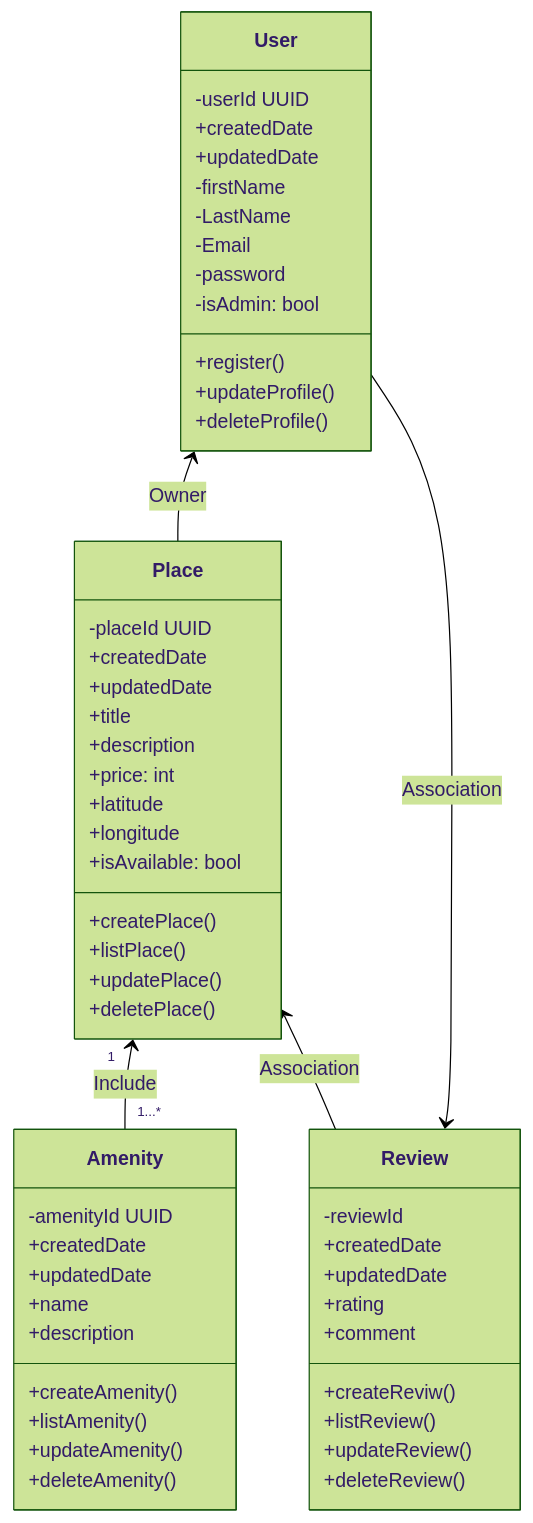
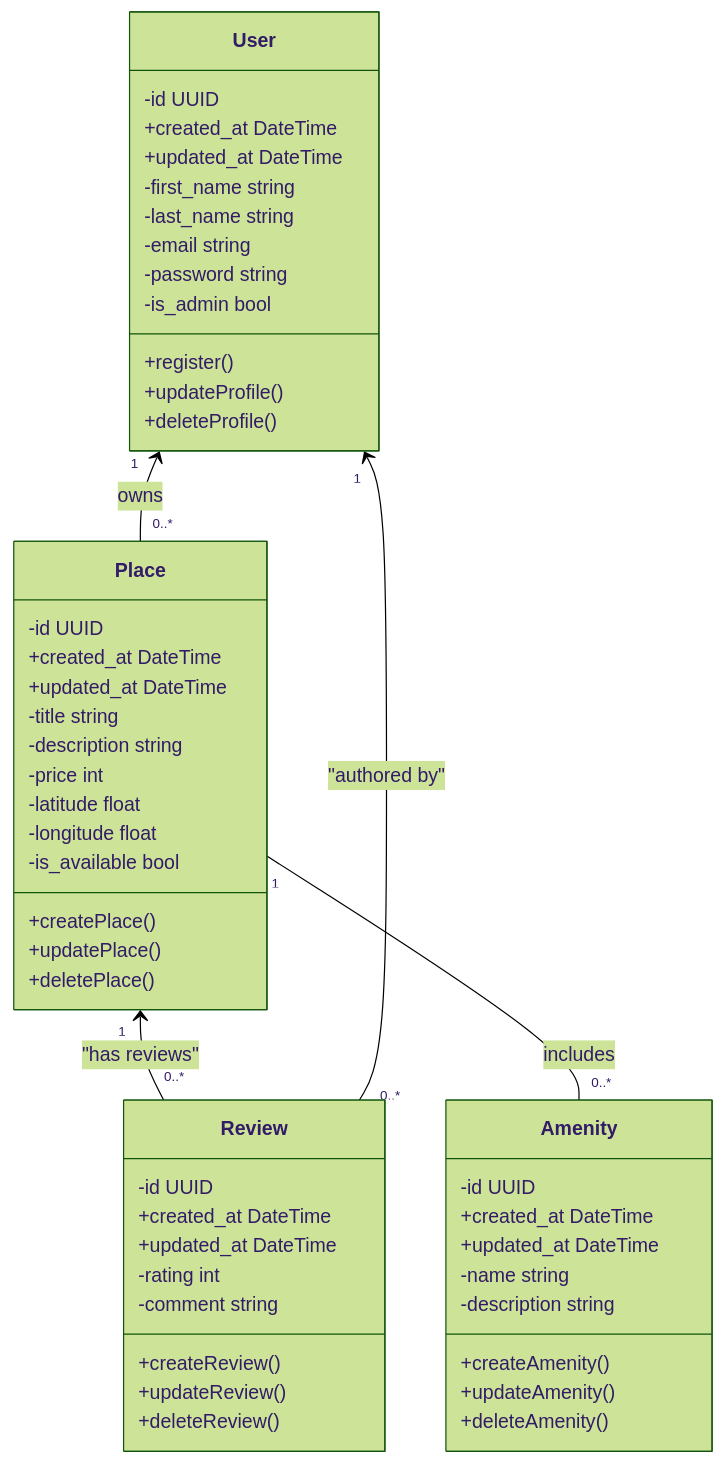
Before and after one commit to mnarzaid247-stack/holbertonschool-hbnb: the diagram in part1/class_diagram.md, drawn with Mermaid (forest theme). The commit also changed other lines of this file, not shown here.

Commit message:
Refactor class diagram to enhance clarity and update attribute naming conventions

````diff
--- a/part1/class_diagram.md
+++ b/part1/class_diagram.md
@@ -3,57 +9,64 @@
 ```mermaid
 classDiagram
-class User {
-    -userId UUID
-    +createdDate
-    +updatedDate
-    -firstName
-    -LastName
-    -Email
-    -password
-    -isAdmin: bool
-    +register()
-    +updateProfile()
-    +deleteProfile()
-}
-class Review {
-    -reviewId
-    +createdDate
-    +updatedDate
-    +rating
-    +comment
-    +createReviw()
-    +listReview()
-    +updateReview()
-    +deleteReview()
-}
-class Amenity {
-    -amenityId UUID
-    +createdDate
-    +updatedDate
-    +name 
-    +description
-    +createAmenity()
-    +listAmenity()
-    +updateAmenity()
-    +deleteAmenity()
-}
-class Place {
-    -placeId UUID
-    +createdDate
-    +updatedDate
-    +title
-    +description
-    +price: int
-    +latitude
-    +longitude
-    +isAvailable: bool
-    +createPlace()
-    +listPlace()
-    +updatePlace()
-    +deletePlace()
-}
-User <-- Place : Owner
-Place "1" <-- "1...*" Amenity : Include
-Place <-- Review: Association
-Review <-- User: Association
+        class User {
+                -id UUID
+                +created_at DateTime
+                +updated_at DateTime
+                -first_name string
+                -last_name string
+                -email string
+                -password string
+                -is_admin bool
+                +register()
+                +updateProfile()
+                +deleteProfile()
+        }
+
+        class Place {
+                -id UUID
+                +created_at DateTime
+                +updated_at DateTime
+                -title string
+                -description string
+                -price int
+                -latitude float
+                -longitude float
+                -is_available bool
+                +createPlace()
+                +updatePlace()
+                +deletePlace()
+        }
+
+        class Amenity {
+                -id UUID
+                +created_at DateTime
+                +updated_at DateTime
+                -name string
+                -description string
+                +createAmenity()
+                +updateAmenity()
+                +deleteAmenity()
+        }
+
+                %% Note: many-to-many between Place and Amenity is shown directly below
+
+        class Review {
+                -id UUID
+                +created_at DateTime
+                +updated_at DateTime
+                -rating int
+                -comment string
+                +createReview()
+                +updateReview()
+                +deleteReview()
+        }
+
+        %% Relationships with explicit cardinality
+        User "1" <-- "0..*" Place : owns
+        Place "1" <-- "0..*" Review : "has reviews"
+        User "1" <-- "0..*" Review : "authored by"
+
+                %% Conceptual direct one-to-many between Place and Amenity
+                Place "1" -- "0..*" Amenity : includes
+
 ```
````
